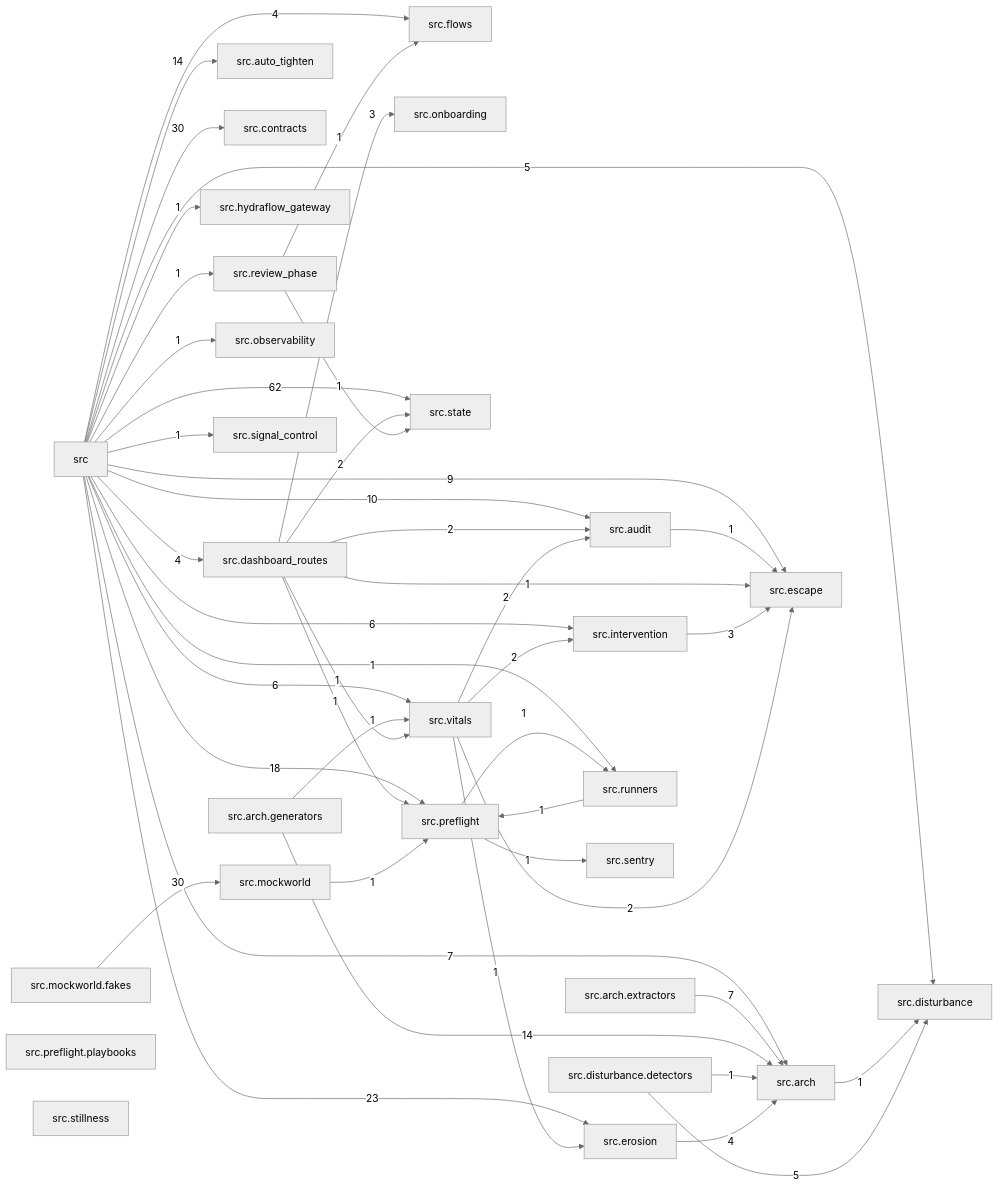
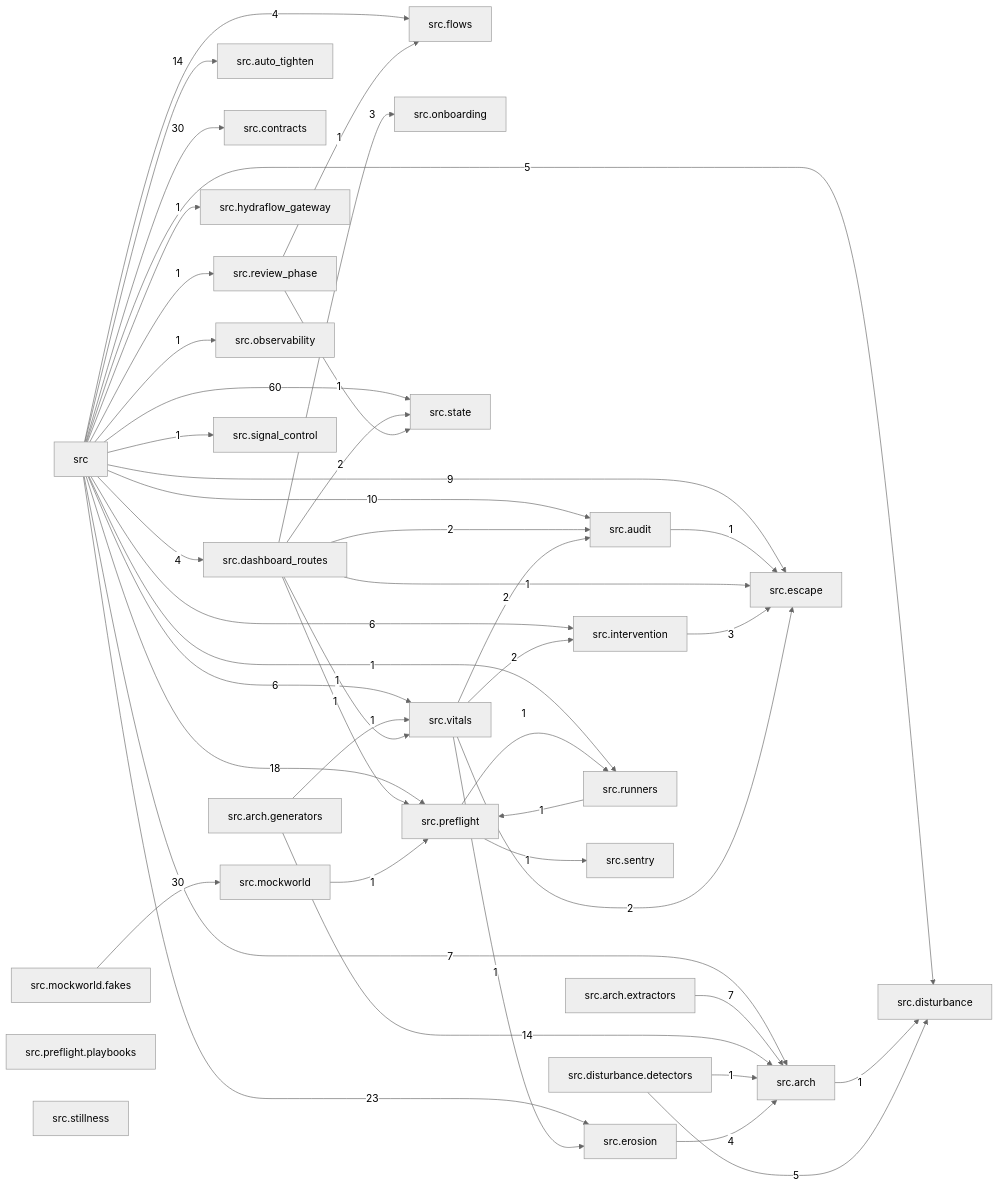
One commit to T-rav/hydraflow changed the diagram in docs/arch/generated/modules.md. Above: the diagram before and after it, drawn with Mermaid (neutral theme). The commit also changed 115 other files, not shown here.

````diff
--- a/docs/arch/generated/modules.md
+++ b/docs/arch/generated/modules.md
@@ -7,75 +7,75 @@
 ```mermaid
 graph LR
     src["src"]
     src_arch["src.arch"]
     src_arch_extractors["src.arch.extractors"]
     src_arch_generators["src.arch.generators"]
     src_audit["src.audit"]
     src_auto_tighten["src.auto_tighten"]
     src_contracts["src.contracts"]
     src_dashboard_routes["src.dashboard_routes"]
     src_disturbance["src.disturbance"]
     src_disturbance_detectors["src.disturbance.detectors"]
     src_erosion["src.erosion"]
     src_escape["src.escape"]
     src_flows["src.flows"]
     src_hydraflow_gateway["src.hydraflow_gateway"]
     src_intervention["src.intervention"]
     src_mockworld["src.mockworld"]
     src_mockworld_fakes["src.mockworld.fakes"]
     src_observability["src.observability"]
     src_onboarding["src.onboarding"]
     src_preflight["src.preflight"]
     src_preflight_playbooks["src.preflight.playbooks"]
     src_review_phase["src.review_phase"]
     src_runners["src.runners"]
     src_sentry["src.sentry"]
     src_signal_control["src.signal_control"]
     src_state["src.state"]
     src_stillness["src.stillness"]
     src_vitals["src.vitals"]
     src -- "7" --> src_arch
     src -- "10" --> src_audit
     src -- "14" --> src_auto_tighten
     src -- "30" --> src_contracts
     src -- "4" --> src_dashboard_routes
     src -- "5" --> src_disturbance
     src -- "23" --> src_erosion
     src -- "9" --> src_escape
     src -- "4" --> src_flows
     src -- "1" --> src_hydraflow_gateway
     src -- "6" --> src_intervention
     src -- "1" --> src_observability
     src -- "18" --> src_preflight
     src -- "1" --> src_review_phase
     src -- "1" --> src_runners
     src -- "1" --> src_signal_control
-    src -- "62" --> src_state
+    src -- "60" --> src_state
     src -- "6" --> src_vitals
     src_arch -- "1" --> src_disturbance
     src_arch_extractors -- "7" --> src_arch
     src_arch_generators -- "14" --> src_arch
     src_arch_generators -- "1" --> src_vitals
     src_audit -- "1" --> src_escape
     src_dashboard_routes -- "2" --> src_audit
     src_dashboard_routes -- "1" --> src_escape
     src_dashboard_routes -- "3" --> src_onboarding
     src_dashboard_routes -- "1" --> src_preflight
     src_dashboard_routes -- "2" --> src_state
     src_dashboard_routes -- "1" --> src_vitals
     src_disturbance_detectors -- "1" --> src_arch
     src_disturbance_detectors -- "5" --> src_disturbance
     src_erosion -- "4" --> src_arch
     src_intervention -- "3" --> src_escape
     src_mockworld -- "1" --> src_preflight
     src_mockworld_fakes -- "30" --> src_mockworld
     src_preflight -- "1" --> src_runners
     src_preflight -- "1" --> src_sentry
     src_review_phase -- "1" --> src_flows
     src_review_phase -- "1" --> src_state
     src_runners -- "1" --> src_preflight
     src_vitals -- "2" --> src_audit
     src_vitals -- "1" --> src_erosion
     src_vitals -- "2" --> src_escape
     src_vitals -- "2" --> src_intervention
 ```
````
